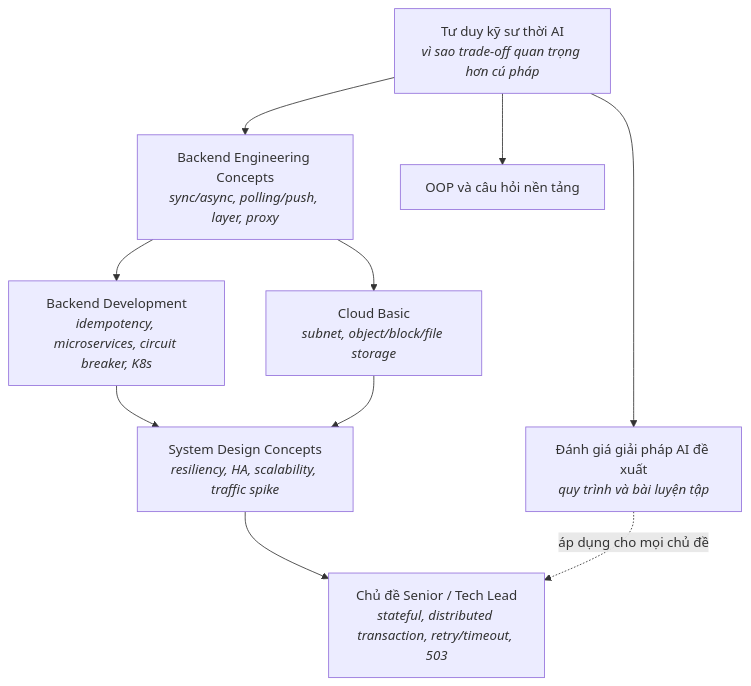
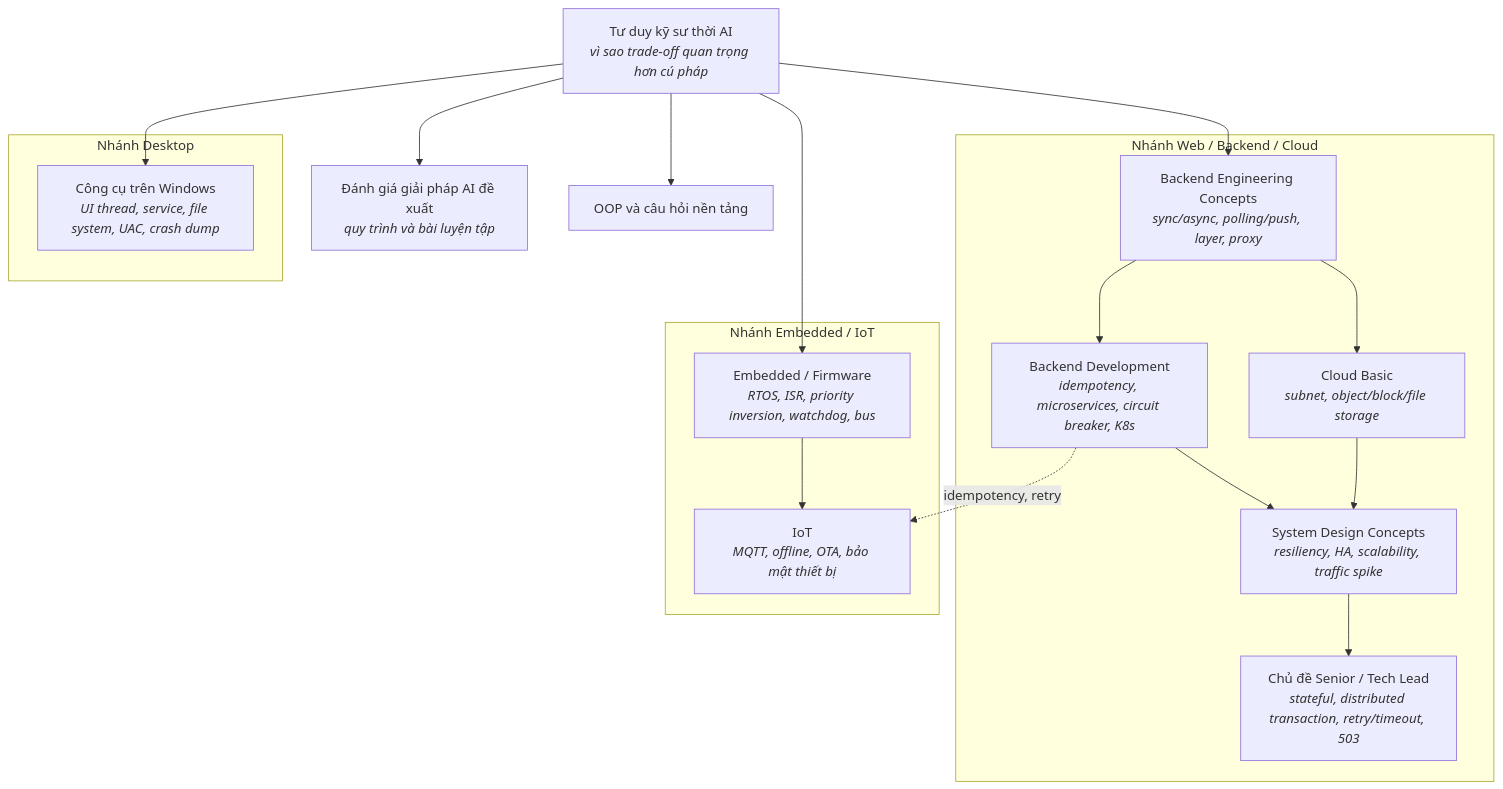
One commit to Fatalshears/GlitchGallery changed the first of 2 diagrams in content/ai-era/index.md. Above: the diagram before and after it, drawn with Mermaid. The commit also changed other lines of this file and 6 other files, not shown here.

First line of the commit message:
Add embedded, IoT and Windows desktop tracks to ai-era section

````diff
--- a/content/ai-era/index.md
+++ b/content/ai-era/index.md
@@ -20,16 +22,30 @@
 ```mermaid
 flowchart TB
   M["Tư duy kỹ sư thời AI<br/><i>vì sao trade-off quan trọng hơn cú pháp</i>"]
   E["Đánh giá giải pháp AI đề xuất<br/><i>quy trình và bài luyện tập</i>"]
   B1["Backend Engineering Concepts<br/><i>sync/async, polling/push, layer, proxy</i>"]
   B2["Backend Development<br/><i>idempotency, microservices, circuit breaker, K8s</i>"]
   SD["System Design Concepts<br/><i>resiliency, HA, scalability, traffic spike</i>"]
   CL["Cloud Basic<br/><i>subnet, object/block/file storage</i>"]
   SR["Chủ đề Senior / Tech Lead<br/><i>stateful, distributed transaction, retry/timeout, 503</i>"]
   OOP["OOP và câu hỏi nền tảng"]
+  EM["Embedded / Firmware<br/><i>RTOS, ISR, priority inversion, watchdog, bus</i>"]
+  IOT["IoT<br/><i>MQTT, offline, OTA, bảo mật thiết bị</i>"]
+  WIN["Công cụ trên Windows<br/><i>UI thread, service, file system, UAC, crash dump</i>"]
   M --> E
-  M --> B1 --> B2 --> SD --> SR
-  B1 --> CL --> SD
   M --> OOP
-  E -. "áp dụng cho mọi chủ đề" .-> SR
+  subgraph WEB["Nhánh Web / Backend / Cloud"]
+    B1 --> B2 --> SD --> SR
+    B1 --> CL --> SD
+  end
+  subgraph EMB["Nhánh Embedded / IoT"]
+    EM --> IOT
+  end
+  subgraph DESK["Nhánh Desktop"]
+    WIN
+  end
+  M --> B1
+  M --> EM
+  M --> WIN
+  B2 -. "idempotency, retry" .-> IOT
 ```
````
